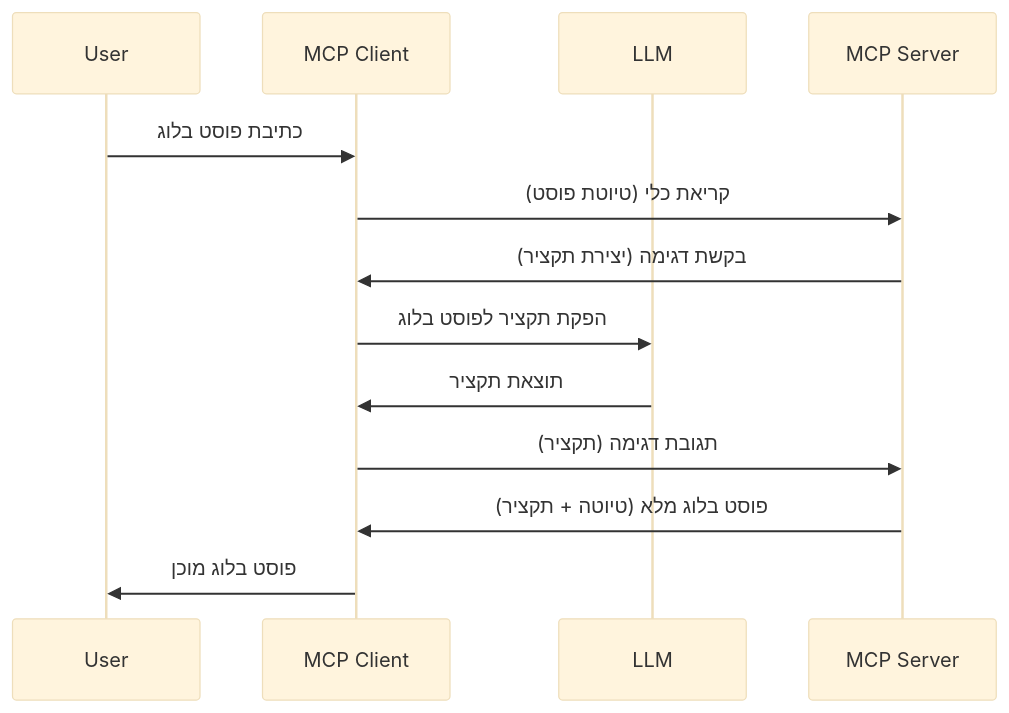
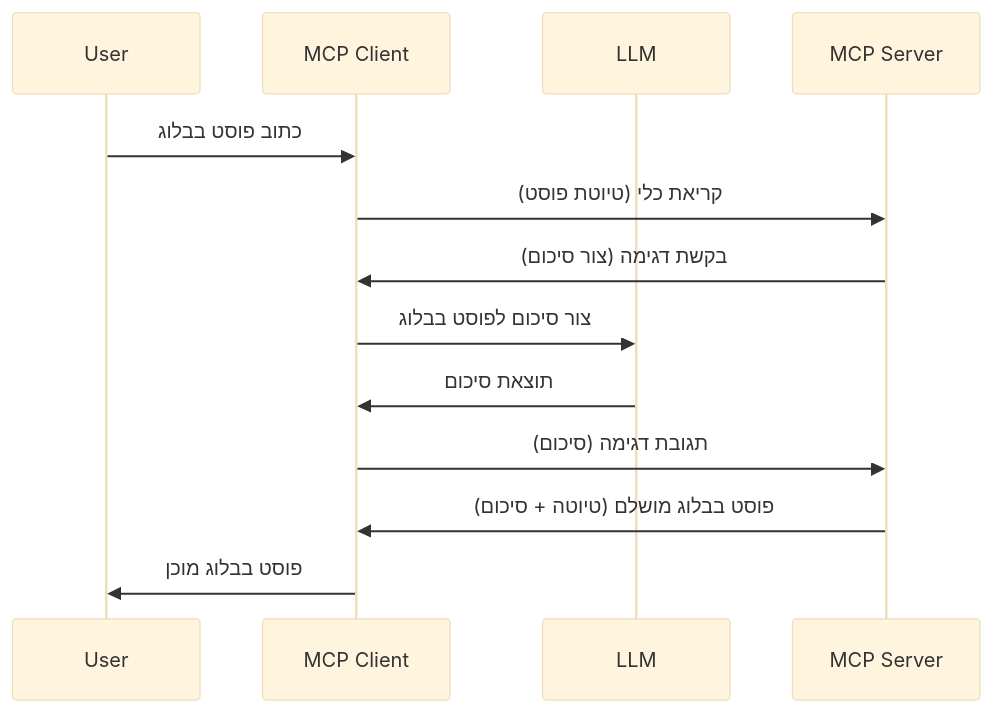
The diagram in mcp_ecosystem__model_context_protocol/mcp_learning_resources/mcp-for-beginners/translations/he/03-GettingStarted/14-sampling/README.md (HIDORAKAI002/ai-workspace-archive), drawn with Mermaid (base theme) before and after one commit. The commit also changed other lines of this file and 1046 other files, not shown here.

````diff
--- a/mcp_ecosystem__model_context_protocol/mcp_learning_resources/mcp-for-beginners/translations/he/03-GettingStarted/14-sampling/README.md
+++ b/mcp_ecosystem__model_context_protocol/mcp_learning_resources/mcp-for-beginners/translations/he/03-GettingStarted/14-sampling/README.md
@@ -23,16 +25,16 @@
 ```mermaid
 sequenceDiagram
     participant User
     participant MCP Client
     participant LLM
     participant MCP Server
 
-    User->>MCP Client: כתיבת פוסט בלוג
+    User->>MCP Client: כתוב פוסט בבלוג
     MCP Client->>MCP Server: קריאת כלי (טיוטת פוסט)
-    MCP Server->>MCP Client: בקשת דגימה (יצירת תקציר)
-    MCP Client->>LLM: הפקת תקציר לפוסט בלוג
-    LLM->>MCP Client: תוצאת תקציר
-    MCP Client->>MCP Server: תגובת דגימה (תקציר)
-    MCP Server->>MCP Client: פוסט בלוג מלא (טיוטה + תקציר)
-    MCP Client->>User: פוסט בלוג מוכן
+    MCP Server->>MCP Client: בקשת דגימה (צור סיכום)
+    MCP Client->>LLM: צור סיכום לפוסט בבלוג
+    LLM->>MCP Client: תוצאת סיכום
+    MCP Client->>MCP Server: תגובת דגימה (סיכום)
+    MCP Server->>MCP Client: פוסט בבלוג מושלם (טיוטה + סיכום)
+    MCP Client->>User: פוסט בבלוג מוכן
 ```
````
